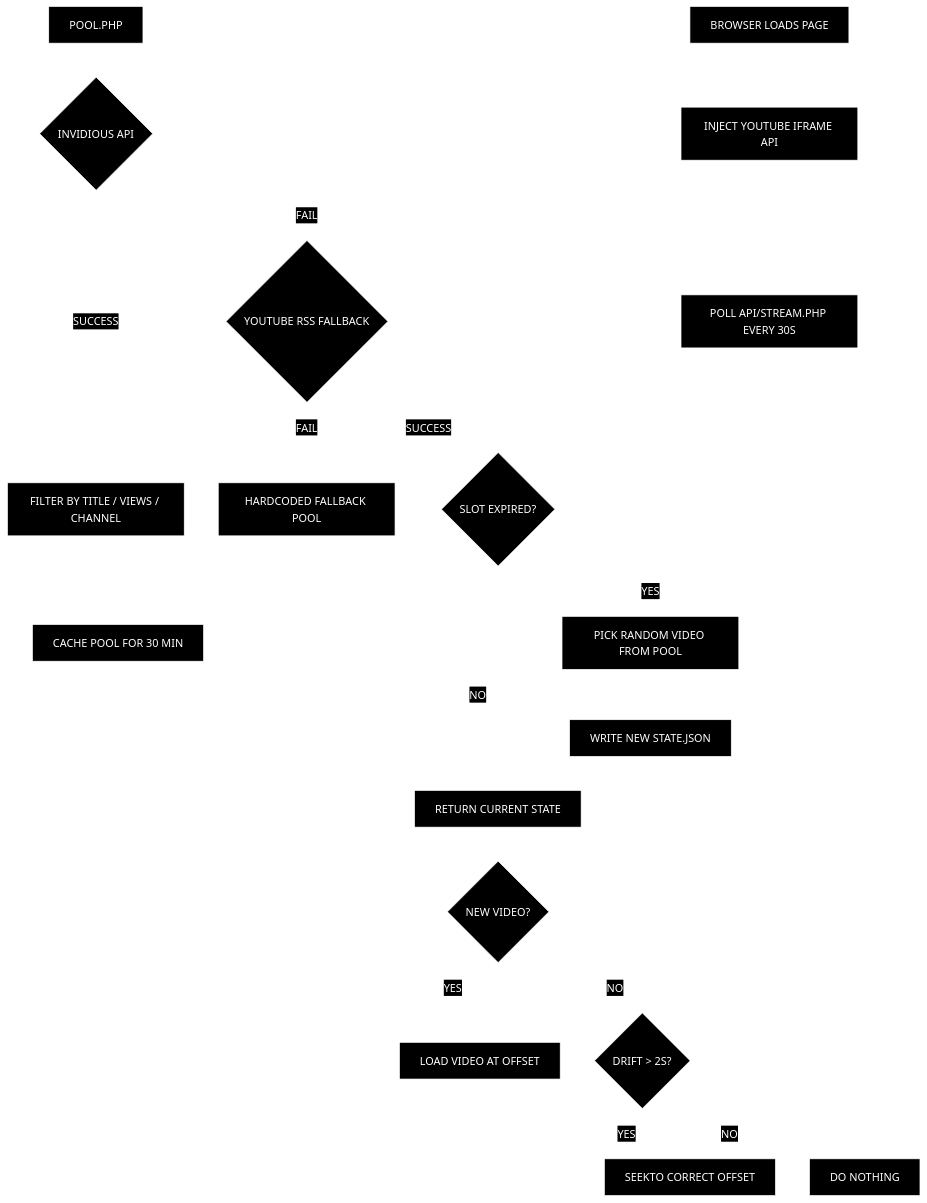
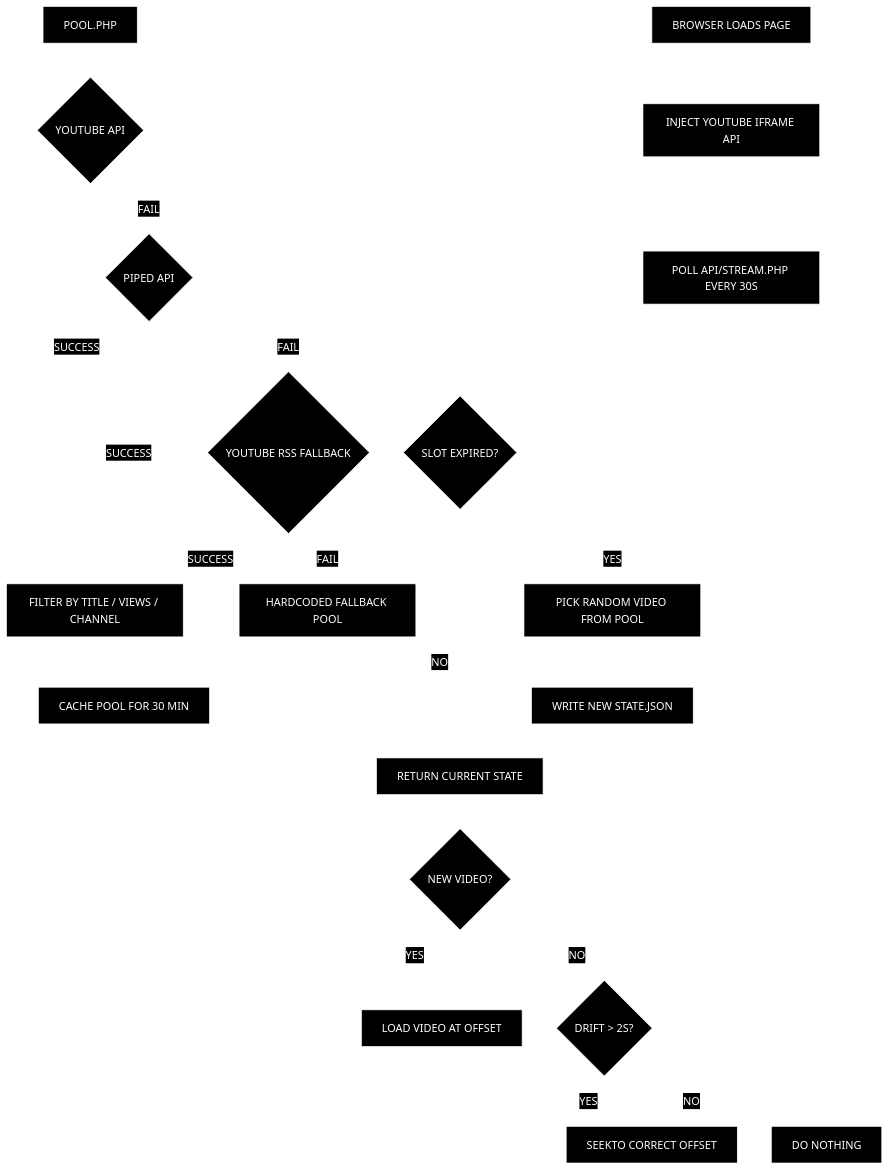
One commit to leandroestrella/as-i-was-bingeing-ahead-occasionally-i-saw-brief-glimpses-of-beauty changed the diagram in README.md. Above: the diagram before and after it, drawn with Mermaid. The commit also changed other lines of this file and 12 other files, not shown here.

First line of the commit message:
feat: replace Invidious with Piped API, fix RSS parser, expand fallback pool

````diff
--- a/README.md
+++ b/README.md
@@ -14,27 +14,29 @@
 ```mermaid
 %%{init: {'theme': 'base', 'flowchart': {'curve': 'stepBefore'}, 'themeVariables': {'primaryColor': '#000', 'primaryTextColor': '#fff', 'primaryBorderColor': '#fff', 'lineColor': '#fff', 'secondaryColor': '#000', 'tertiaryColor': '#000', 'background': '#000', 'mainBkg': '#000', 'nodeBorder': '#fff', 'clusterBkg': '#000', 'clusterBorder': '#fff', 'titleColor': '#fff', 'edgeLabelBackground': '#000'}}}%%
 flowchart TD
     A[BROWSER LOADS PAGE] --> B[INJECT YOUTUBE IFRAME API]
     B --> C[POLL API/STREAM.PHP EVERY 30S]
     C --> D{SLOT EXPIRED?}
     D -- NO --> E[RETURN CURRENT STATE]
     D -- YES --> F[PICK RANDOM VIDEO FROM POOL]
     F --> G[WRITE NEW STATE.JSON]
     G --> E
     E --> H{NEW VIDEO?}
     H -- YES --> I[LOAD VIDEO AT OFFSET]
     H -- NO --> J{DRIFT > 2S?}
     J -- YES --> K[SEEKTO CORRECT OFFSET]
     J -- NO --> L[DO NOTHING]
     I --> C
     K --> C
     L --> C
 
-    M[POOL.PHP] --> N{INVIDIOUS API}
+    M[POOL.PHP] --> N{YOUTUBE API}
     N -- SUCCESS --> O[FILTER BY TITLE / VIEWS / CHANNEL]
-    N -- FAIL --> P{YOUTUBE RSS FALLBACK}
+    N -- FAIL --> N2{PIPED API}
+    N2 -- SUCCESS --> O
+    N2 -- FAIL --> P{YOUTUBE RSS FALLBACK}
+    P -- SUCCESS --> O
     P -- FAIL --> Q[HARDCODED FALLBACK POOL]
     O --> R[CACHE POOL FOR 30 MIN]
-    P -- SUCCESS --> O
     Q --> R
 ```
````
